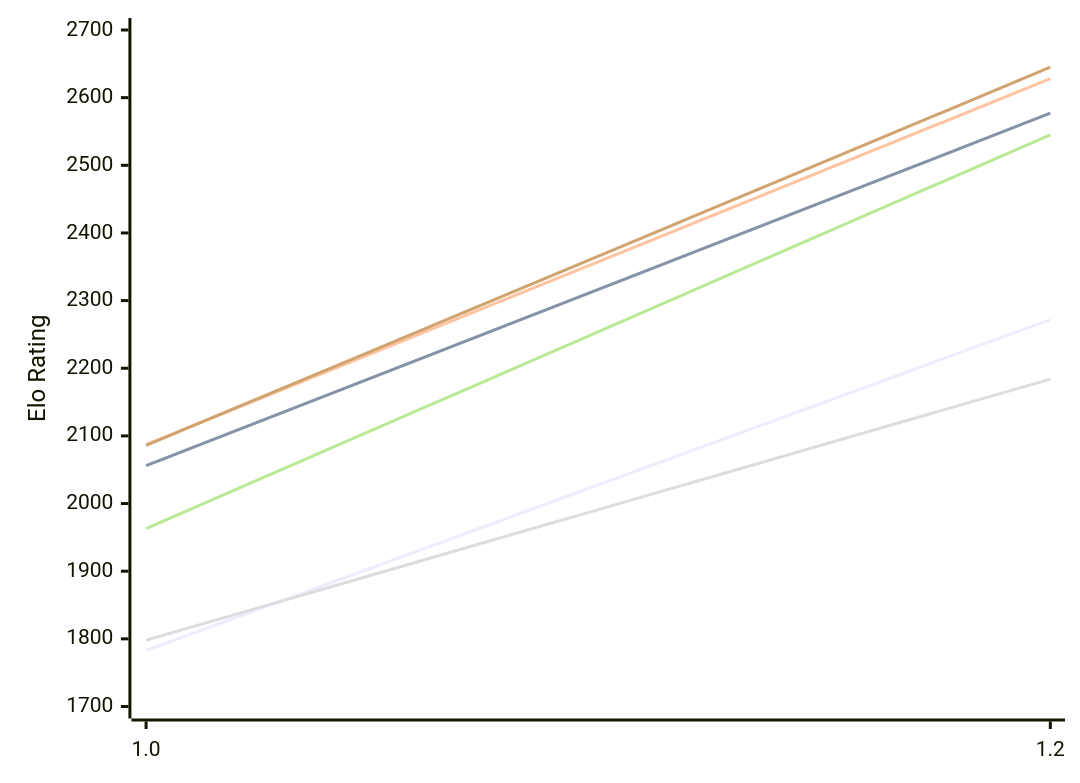
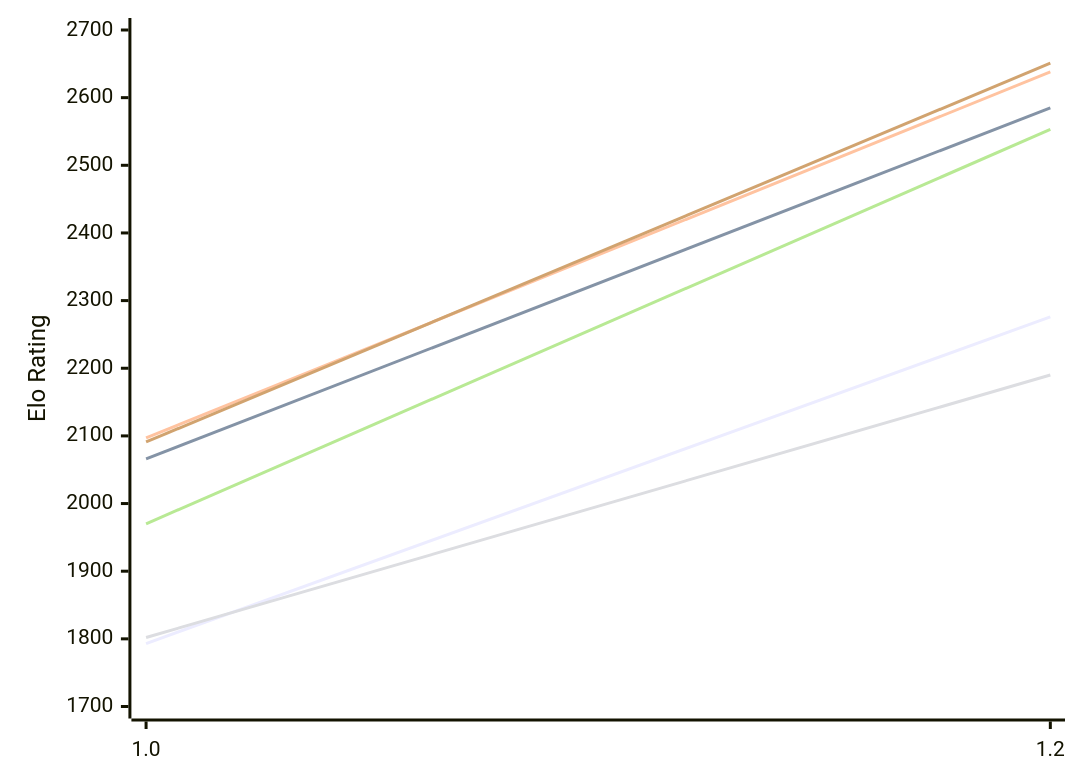
Before and after one commit to computer-chess-index/cci: the first of 2 diagrams in engines/Echekinator.md, drawn with Mermaid. The commit also changed other lines of this file, not shown here.

Commit message:
Update CCI Ratings (ELO VLTC) - 2026-10-25

````diff
--- a/engines/Echekinator.md
+++ b/engines/Echekinator.md
@@ -50,12 +50,12 @@
 ```mermaid
 %%{init: {"theme":"base","themeVariables":{"seriesColors:['#a3a3a3','#222221','#faa371']}}}%%
 xychart-beta
   x-axis ["1.0", "1.2"]
   y-axis "Elo Rating" 1700 --> 2700
-  line "E1: STC (8.0+0.08s)" [1783, 2272]
-  line "E1: LTC (60.0+0.60s)" [2056, 2577]
-  line "E1: VLTC (2m24s+1.12s)" [2087, 2628]
-  line "P1: STC (8.0+0.08s)" [1798, 2184]
-  line "P1: LTC (60.0+0.60s)" [1963, 2545]
-  line "P1: VLTC (2m24s+1.12s)" [2086, 2645]
+  line "E1: STC (8.0+0.08s)" [1793, 2276]
+  line "E1: LTC (60.0+0.60s)" [2066, 2585]
+  line "E1: VLTC (2m24s+1.12s)" [2097, 2638]
+  line "P1: STC (8.0+0.08s)" [1802, 2190]
+  line "P1: LTC (60.0+0.60s)" [1970, 2553]
+  line "P1: VLTC (2m24s+1.12s)" [2091, 2651]
 ```
````
